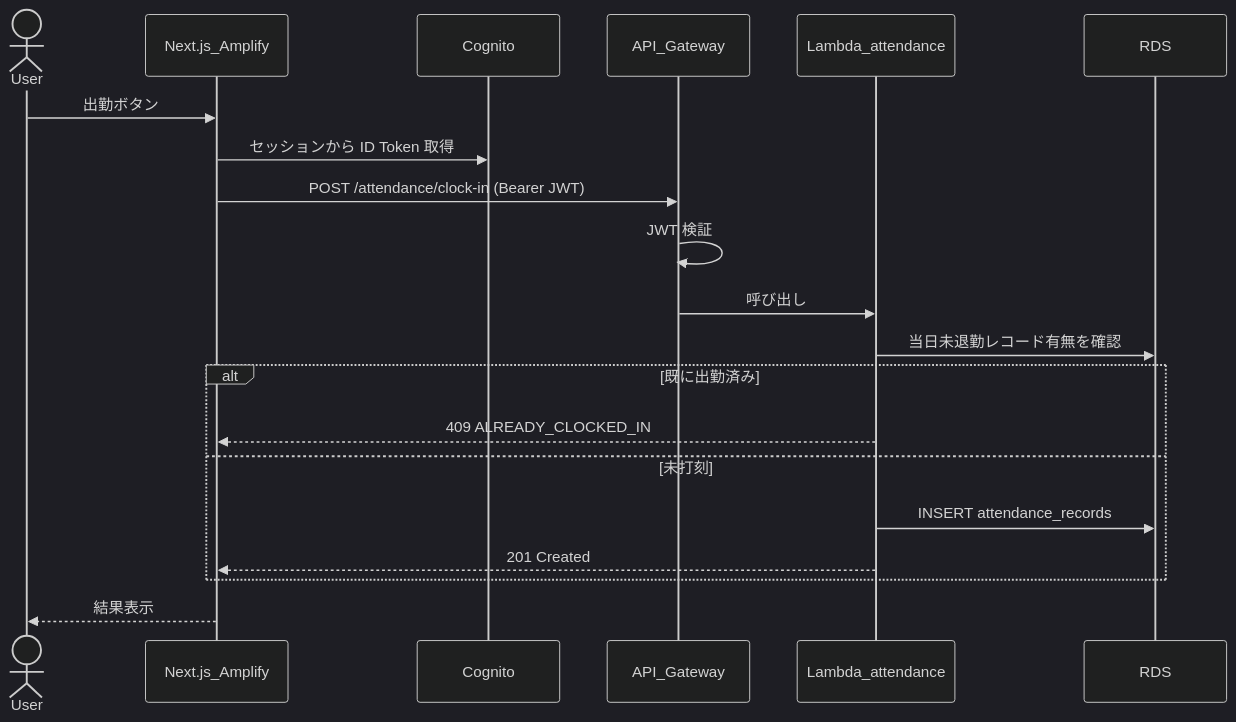
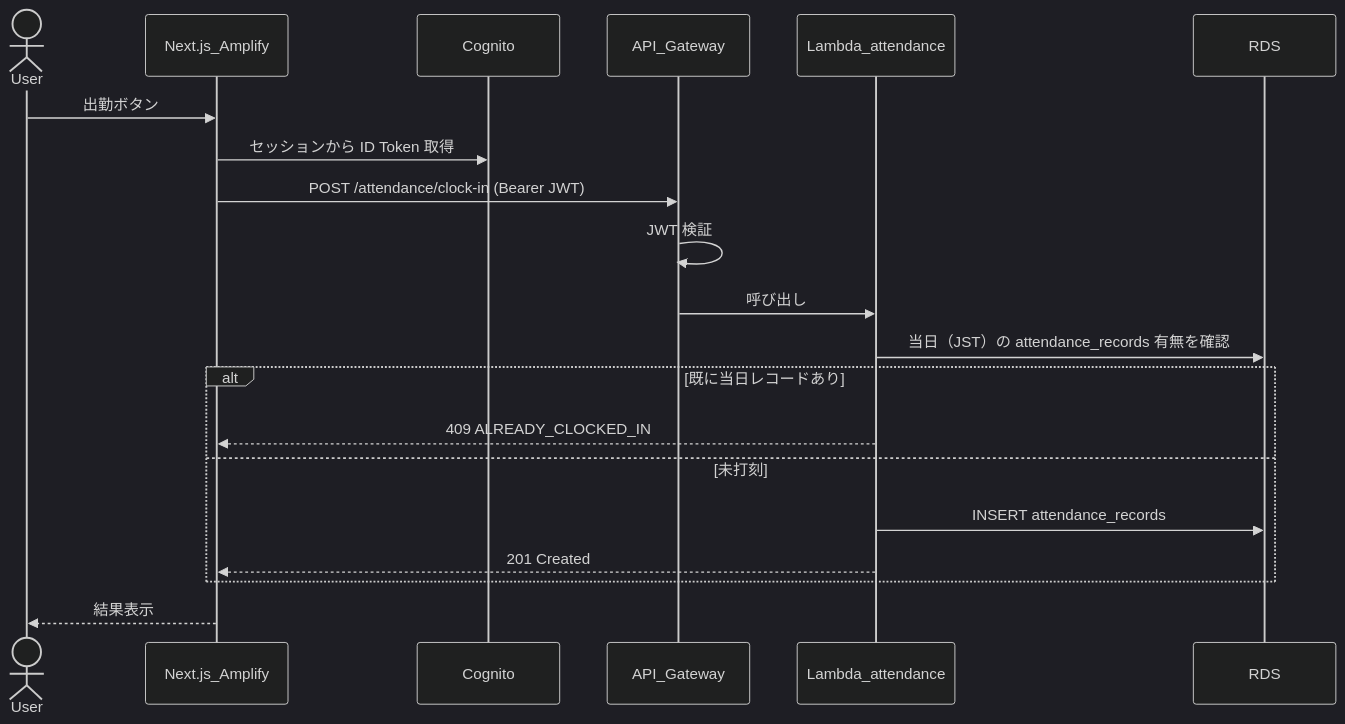
The first of 4 diagrams in docs/architecture/sequences.md (NomuraMitsuki/test_AWS), drawn with Mermaid (dark theme) before and after one commit. The commit also changed 3 other files, not shown here.

````diff
--- a/docs/architecture/sequences.md
+++ b/docs/architecture/sequences.md
@@ -5,23 +5,23 @@
 ```mermaid
 sequenceDiagram
   actor User
   participant Web as Next.js_Amplify
   participant Cognito
   participant APIGW as API_Gateway
   participant Lambda as Lambda_attendance
   participant RDS
 
   User->>Web: 出勤ボタン
   Web->>Cognito: セッションから ID Token 取得
   Web->>APIGW: POST /attendance/clock-in (Bearer JWT)
   APIGW->>APIGW: JWT 検証
   APIGW->>Lambda: 呼び出し
-  Lambda->>RDS: 当日未退勤レコード有無を確認
-  alt 既に出勤済み
+  Lambda->>RDS: 当日（JST）の attendance_records 有無を確認
+  alt 既に当日レコードあり
     Lambda-->>Web: 409 ALREADY_CLOCKED_IN
   else 未打刻
     Lambda->>RDS: INSERT attendance_records
     Lambda-->>Web: 201 Created
   end
   Web-->>User: 結果表示
 ```
````
